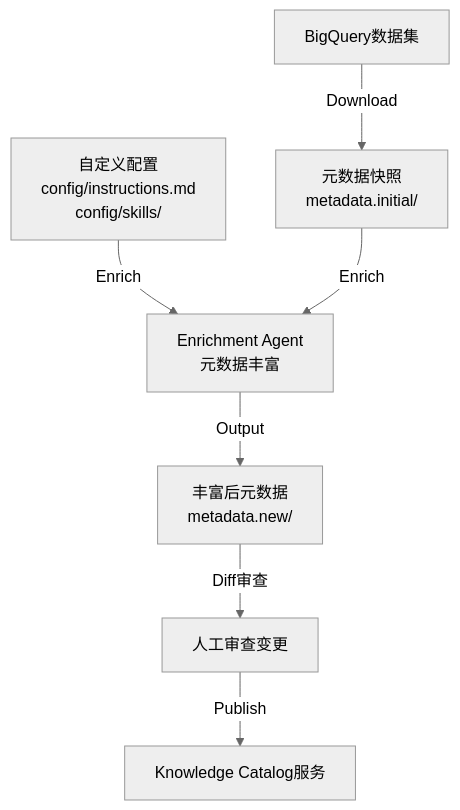
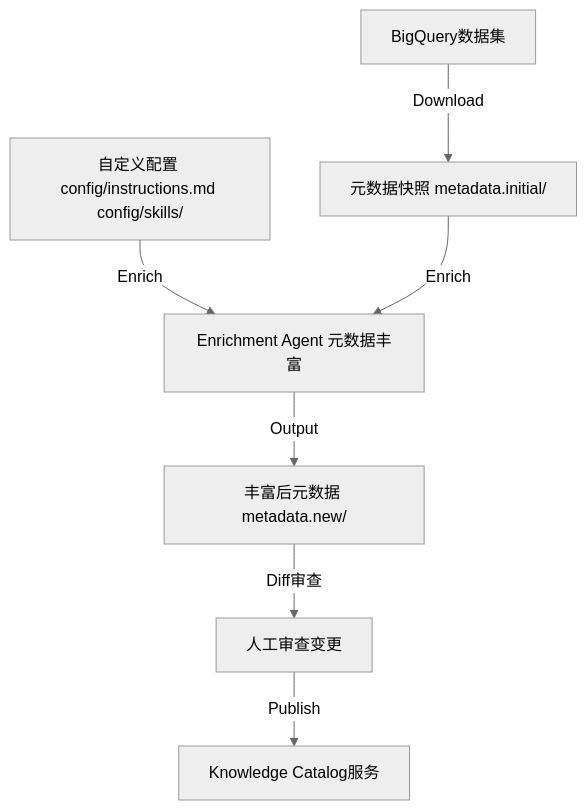
The first of 2 diagrams in .agents/docs/knowledge/learning/07-vendor-product-learning/google-cloud/knowledge-catalog-wiki/04-samples.md (xinetzone/SpecWeave), drawn with Mermaid (neutral theme) before and after one commit. The commit also changed other lines of this file, not shown here.

Commit message:
docs(mermaid): 规范化Google Cloud Knowledge Catalog示例Mermaid图表格式，统一节点文本和边标签双引号包裹以遵循Mermaid安全编码规范

````diff
--- a/.agents/docs/knowledge/learning/07-vendor-product-learning/google-cloud/knowledge-catalog-wiki/04-samples.md
+++ b/.agents/docs/knowledge/learning/07-vendor-product-learning/google-cloud/knowledge-catalog-wiki/04-samples.md
@@ -137,9 +137,9 @@
 ```mermaid
 flowchart TD
-    A[BigQuery数据集] -->|Download| B[元数据快照<br/>metadata.initial/]
-    C[自定义配置<br/>config/instructions.md<br/>config/skills/] -->|Enrich| D
-    B -->|Enrich| D[Enrichment Agent<br/>元数据丰富]
-    D -->|Output| E[丰富后元数据<br/>metadata.new/]
-    E -->|Diff审查| F[人工审查变更]
-    F -->|Publish| G[Knowledge Catalog服务]
+    A["BigQuery数据集"] -->|"Download"| B["元数据快照 metadata.initial/"]
+    C["自定义配置 config/instructions.md config/skills/"] -->|"Enrich"| D["Enrichment Agent 元数据丰富"]
+    B -->|"Enrich"| D
+    D -->|"Output"| E["丰富后元数据 metadata.new/"]
+    E -->|"Diff审查"| F["人工审查变更"]
+    F -->|"Publish"| G["Knowledge Catalog服务"]
 ```
````
